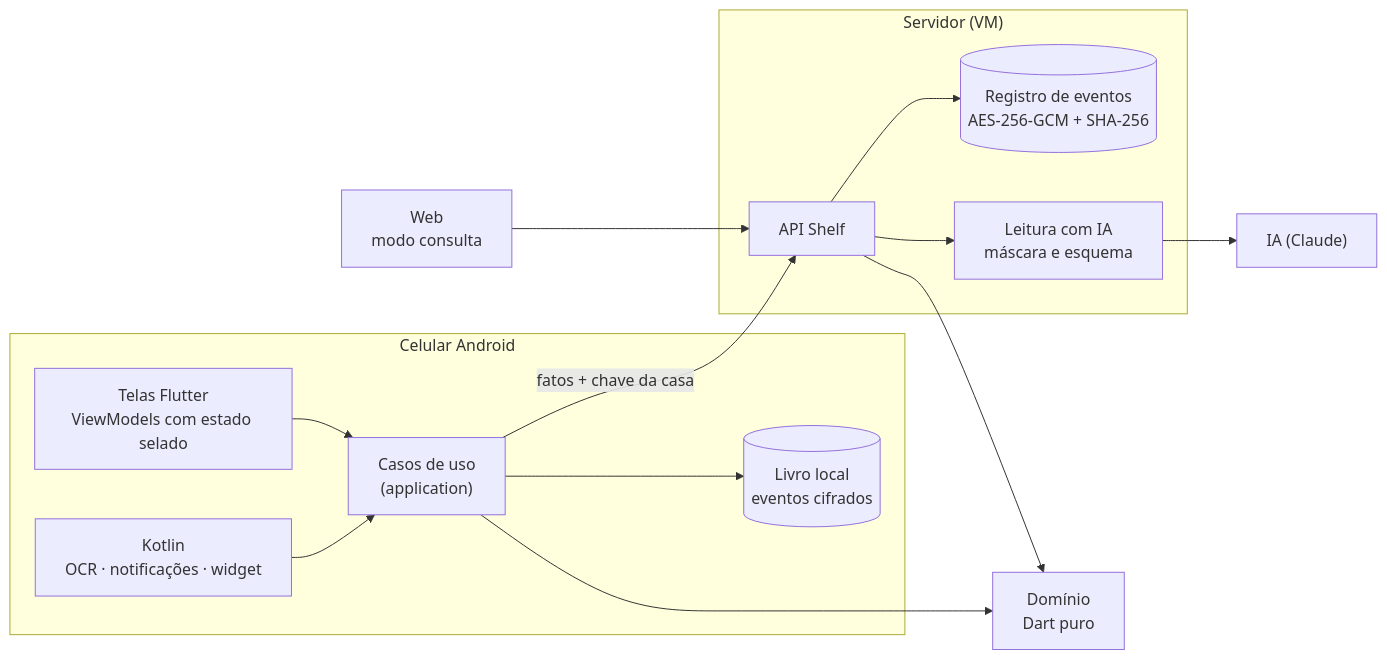
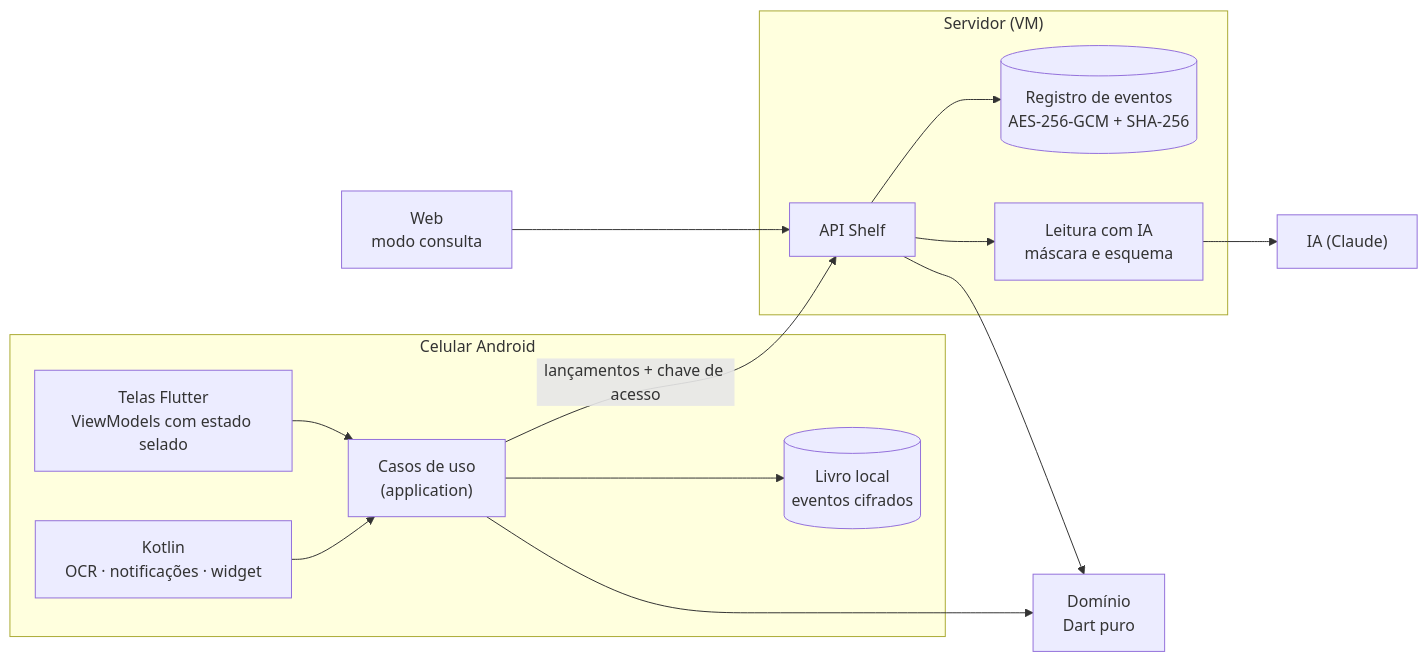
The first of 2 diagrams in README.md (Marcos-Codfy/finance-cajui), drawn with Mermaid before and after one commit. The commit also changed other lines of this file and 1 other file, not shown here.

````diff
--- a/README.md
+++ b/README.md
@@ -128,26 +145,26 @@
 ```mermaid
 flowchart LR
   subgraph PHONE["Celular Android"]
     UI["Telas Flutter<br/>ViewModels com estado selado"]
     APP["Casos de uso<br/>(application)"]
     NAT["Kotlin<br/>OCR · notificações · widget"]
     LOG[("Livro local<br/>eventos cifrados")]
   end
   DOM["Domínio<br/>Dart puro"]
   subgraph VM["Servidor (VM)"]
     API["API Shelf"]
     STORE[("Registro de eventos<br/>AES-256-GCM + SHA-256")]
     AI["Leitura com IA<br/>máscara e esquema"]
   end
   WEB["Web<br/>modo consulta"]
   DS["IA (Claude)"]
 
   UI --> APP --> DOM
   NAT --> APP
   APP --> LOG
-  APP -- "fatos + chave da casa" --> API
+  APP -- "lançamentos + chave de acesso" --> API
   WEB --> API
   API --> DOM
   API --> STORE
   API --> AI --> DS
 ```
````
